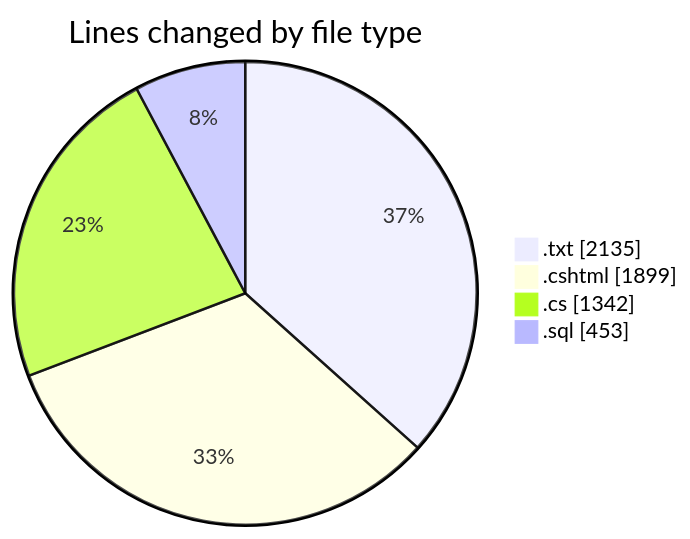
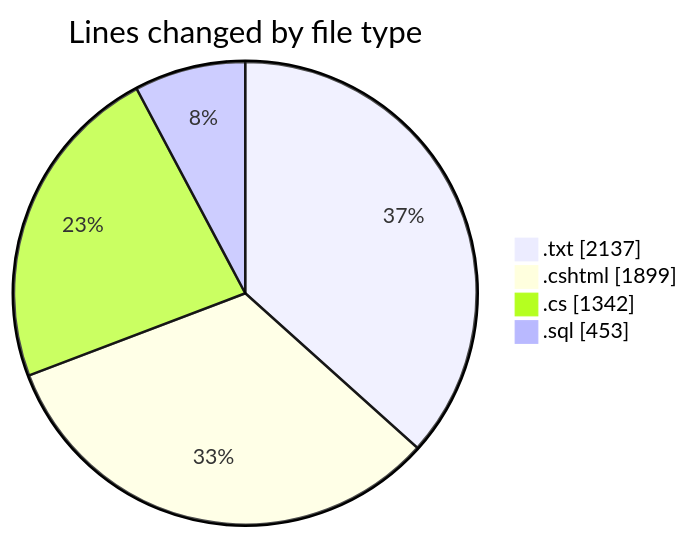
The first of 2 diagrams in 2025-07-25/quanlyrapchieuphim-1/README.md (lephambinh05/code-tracking), drawn with Mermaid before and after one commit. The commit also changed other lines of this file and 1 other file, not shown here.

````diff
--- a/2025-07-25/quanlyrapchieuphim-1/README.md
+++ b/2025-07-25/quanlyrapchieuphim-1/README.md
@@ -25,8 +25,8 @@
 ```mermaid
 pie showData
 title Lines changed by file type
-".txt" : 2135
+".txt" : 2137
 ".cshtml" : 1899
 ".cs" : 1342
 ".sql" : 453
 ```
````
